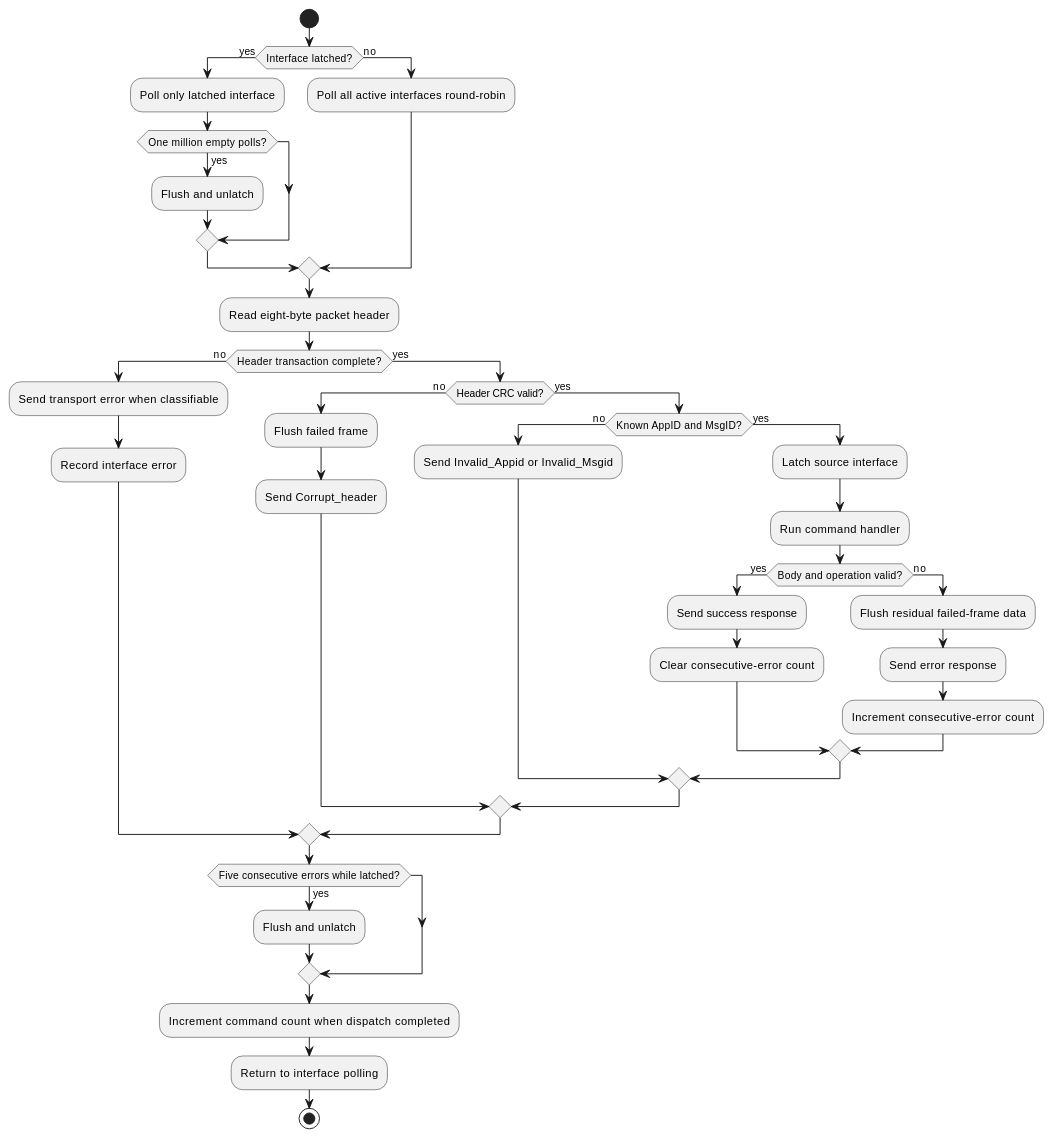
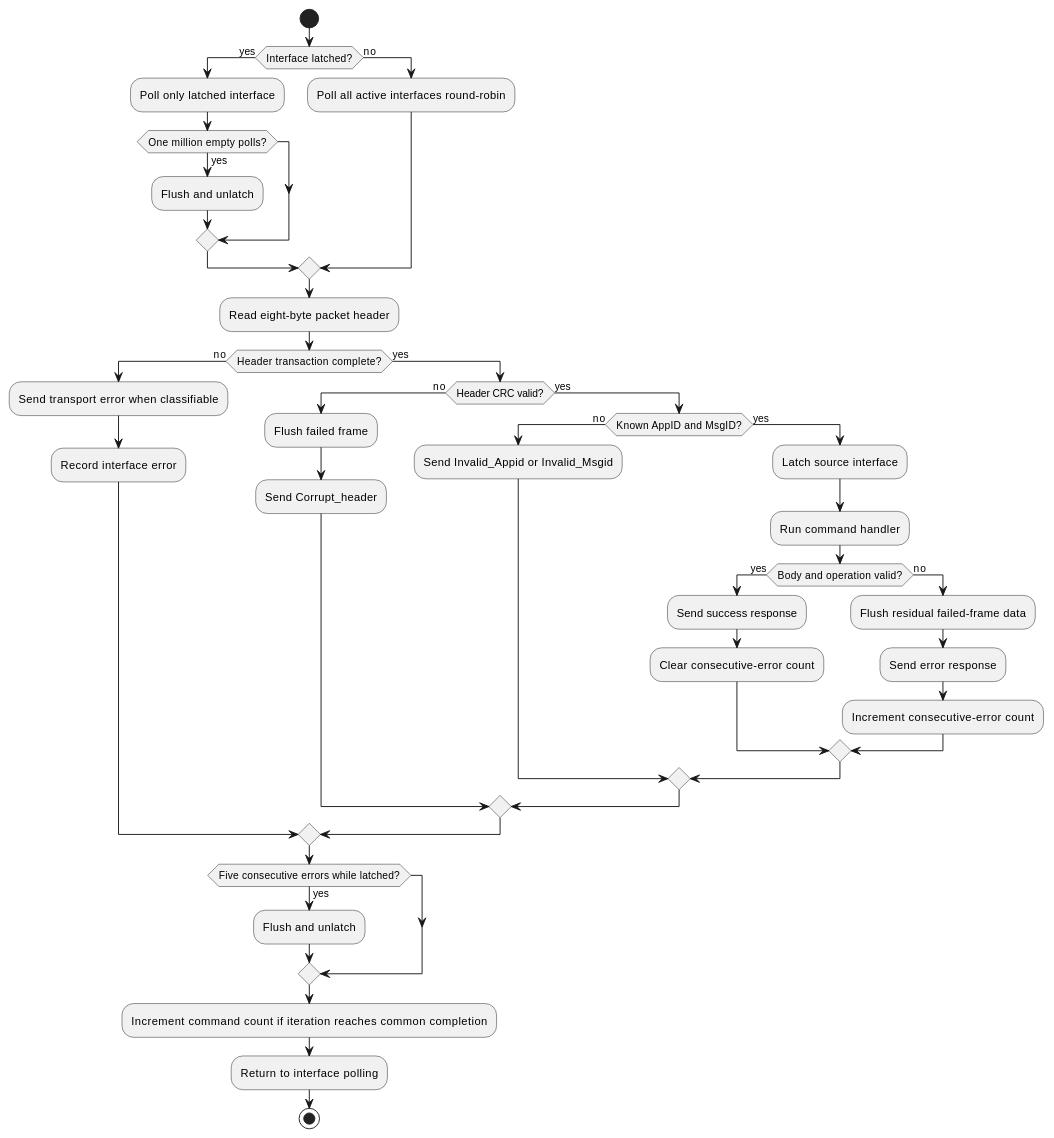
Before and after one commit to tenstorrent/tt-oca-harness: the diagram in hw/sys/smc/bootrom/prod/doc/occp-processing.adoc, drawn with PlantUML. The commit also changed other lines of this file and 5 other files, not shown here.

```diff
--- a/hw/sys/smc/bootrom/prod/doc/occp-processing.adoc
+++ b/hw/sys/smc/bootrom/prod/doc/occp-processing.adoc
@@ -12,45 +12,45 @@
 [plantuml]
 ....
 @startuml
 start
 if (Interface latched?) then (yes)
   :Poll only latched interface;
   if (One million empty polls?) then (yes)
     :Flush and unlatch;
   endif
 else (no)
   :Poll all active interfaces round-robin;
 endif
 :Read eight-byte packet header;
 if (Header transaction complete?) then (no)
   :Send transport error when classifiable;
   :Record interface error;
 else (yes)
   if (Header CRC valid?) then (no)
     :Flush failed frame;
     :Send Corrupt_header;
   else (yes)
     if (Known AppID and MsgID?) then (no)
       :Send Invalid_Appid or Invalid_Msgid;
     else (yes)
       :Latch source interface;
       :Run command handler;
       if (Body and operation valid?) then (yes)
         :Send success response;
         :Clear consecutive-error count;
       else (no)
         :Flush residual failed-frame data;
         :Send error response;
         :Increment consecutive-error count;
       endif
     endif
   endif
 endif
 if (Five consecutive errors while latched?) then (yes)
   :Flush and unlatch;
 endif
-:Increment command count when dispatch completed;
+:Increment command count if iteration reaches common completion;
 :Return to interface polling;
 stop
 @enduml
 ....
```
